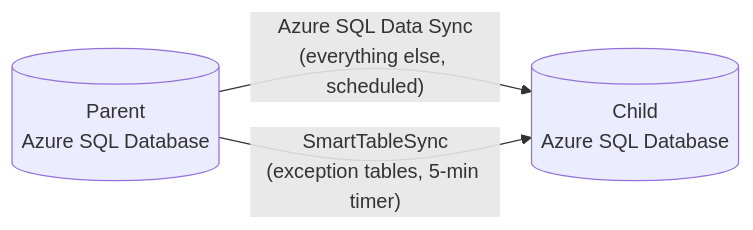
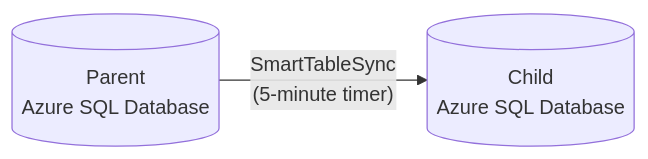
Before and after one commit to Sidorus/SmartTableSync: the first of 2 diagrams in README.md, drawn with Mermaid. The commit also changed other lines of this file and 5 other files, not shown here.

````diff
--- a/README.md
+++ b/README.md
@@ -16,8 +22,7 @@
 ```mermaid
 flowchart LR
     Parent[("Parent<br/>Azure SQL Database")]
     Child[("Child<br/>Azure SQL Database")]
 
-    Parent -- "Azure SQL Data Sync<br/>(everything else, scheduled)" --> Child
-    Parent -- "SmartTableSync<br/>(exception tables, 5-min timer)" --> Child
+    Parent -- "SmartTableSync<br/>(5-minute timer)" --> Child
 ```
````
